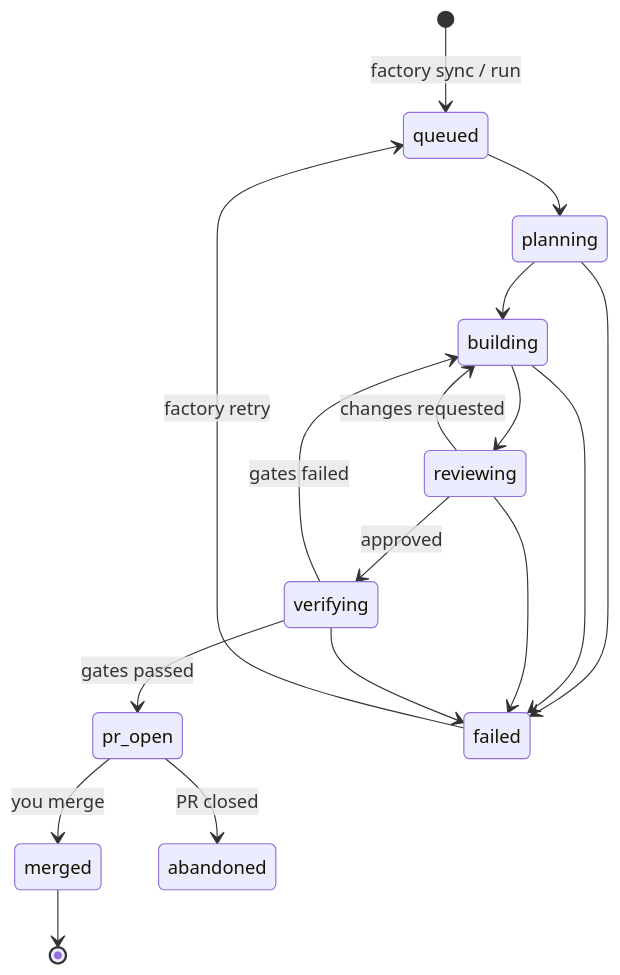
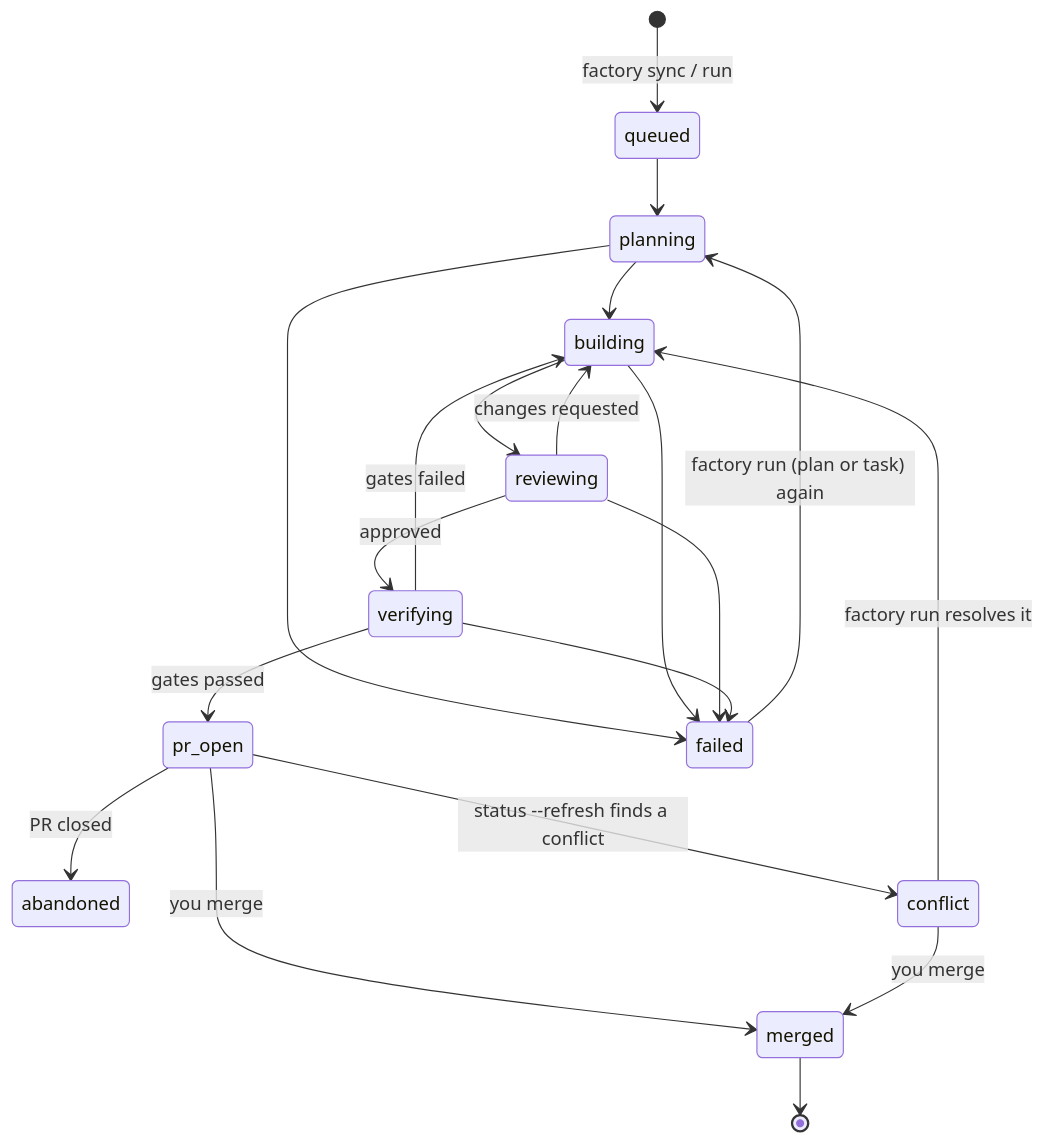
The third of 5 diagrams in README.md (PaddyMc/software-factory), drawn with Mermaid before and after one commit. The commit also changed other lines of this file and 33 other files, not shown here.

First line of the commit message:
Plan runs, stacked PRs, conflict resolution; drop allowed_paths

````diff
--- a/README.md
+++ b/README.md
@@ -132,19 +134,22 @@
 ```mermaid
 stateDiagram-v2
   [*] --> queued: factory sync / run
   queued --> planning
   planning --> building
   building --> reviewing
   reviewing --> building: changes requested
   reviewing --> verifying: approved
   verifying --> building: gates failed
   verifying --> pr_open: gates passed
   pr_open --> merged: you merge
   pr_open --> abandoned: PR closed
+  pr_open --> conflict: status --refresh finds a conflict
+  conflict --> building: factory run resolves it
+  conflict --> merged: you merge
   planning --> failed
   building --> failed
   reviewing --> failed
   verifying --> failed
-  failed --> queued: factory retry
+  failed --> planning: factory run (plan or task) again
   merged --> [*]
 ```
````
